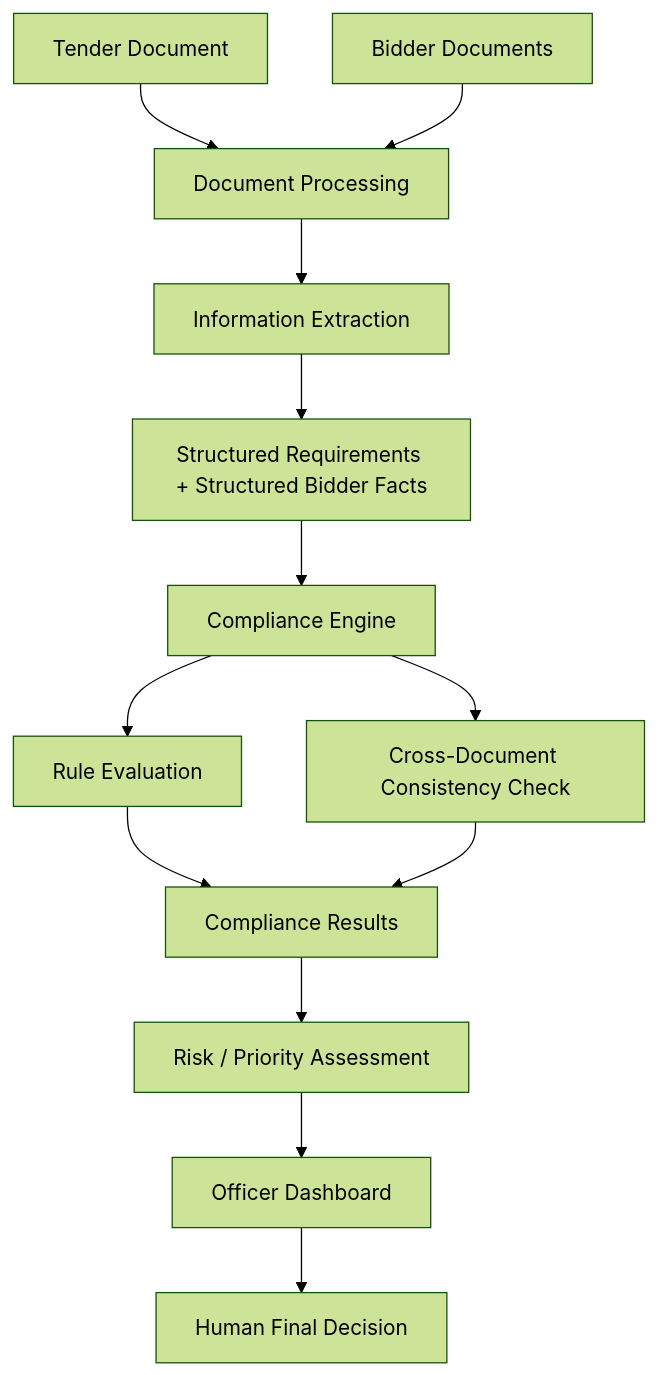
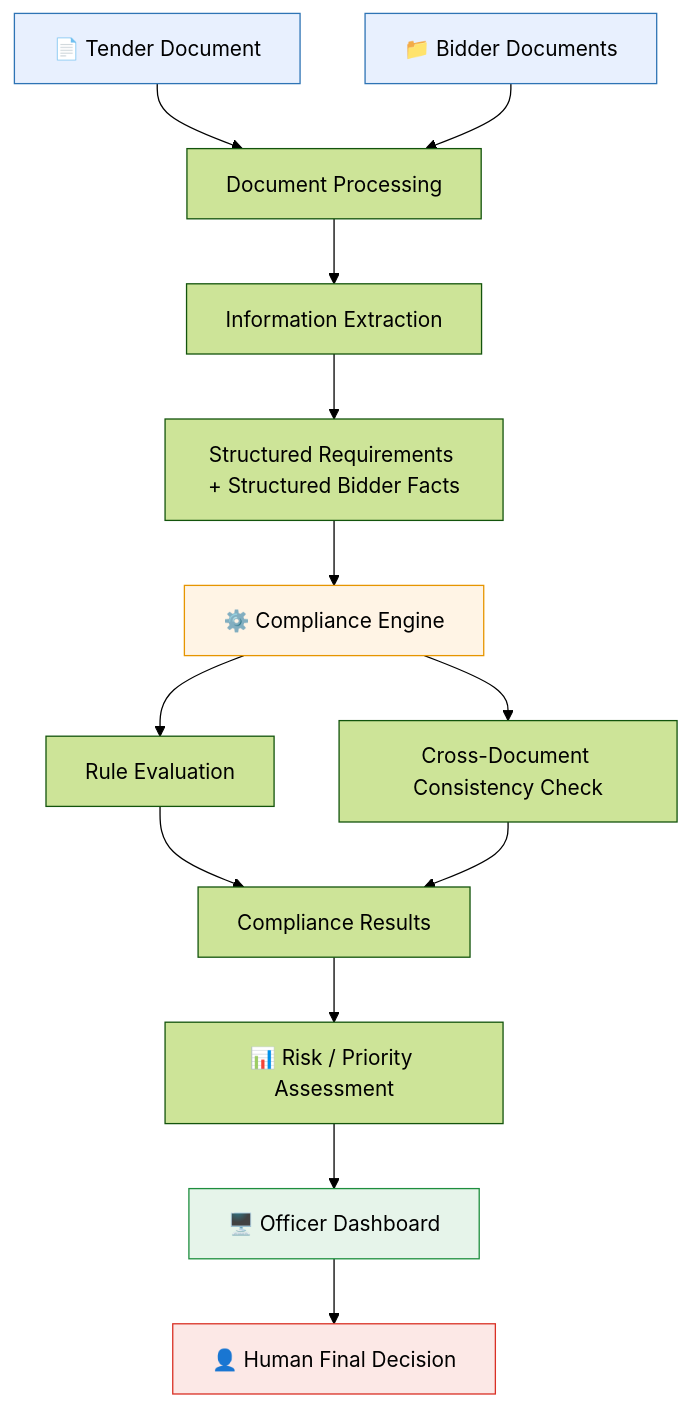
Before and after one commit to IshanWankhede/BidVerify-AI: the diagram in README.md, drawn with Mermaid (forest theme). The commit also changed other lines of this file, not shown here.

````diff
--- a/README.md
+++ b/README.md
@@ -64,15 +149,21 @@
 ```mermaid
 flowchart TD
-    A[Tender Document] --> C[Document Processing]
-    B[Bidder Documents] --> C
+    A[📄 Tender Document] --> C[Document Processing]
+    B[📁 Bidder Documents] --> C
     C --> D[Information Extraction]
     D --> E[Structured Requirements + Structured Bidder Facts]
-    E --> F[Compliance Engine]
+    E --> F[⚙️ Compliance Engine]
     F --> G[Rule Evaluation]
     F --> H[Cross-Document Consistency Check]
     G --> I[Compliance Results]
     H --> I
-    I --> J[Risk / Priority Assessment]
-    J --> K[Officer Dashboard]
-    K --> L[Human Final Decision]
+    I --> J[📊 Risk / Priority Assessment]
+    J --> K[🖥️ Officer Dashboard]
+    K --> L[👤 Human Final Decision]
+
+    style A fill:#e8f0fe,stroke:#2e74b5
+    style B fill:#e8f0fe,stroke:#2e74b5
+    style F fill:#fff4e5,stroke:#e69500
+    style K fill:#e6f4ea,stroke:#1e8e3e
+    style L fill:#fce8e6,stroke:#d93025
 ```
````
